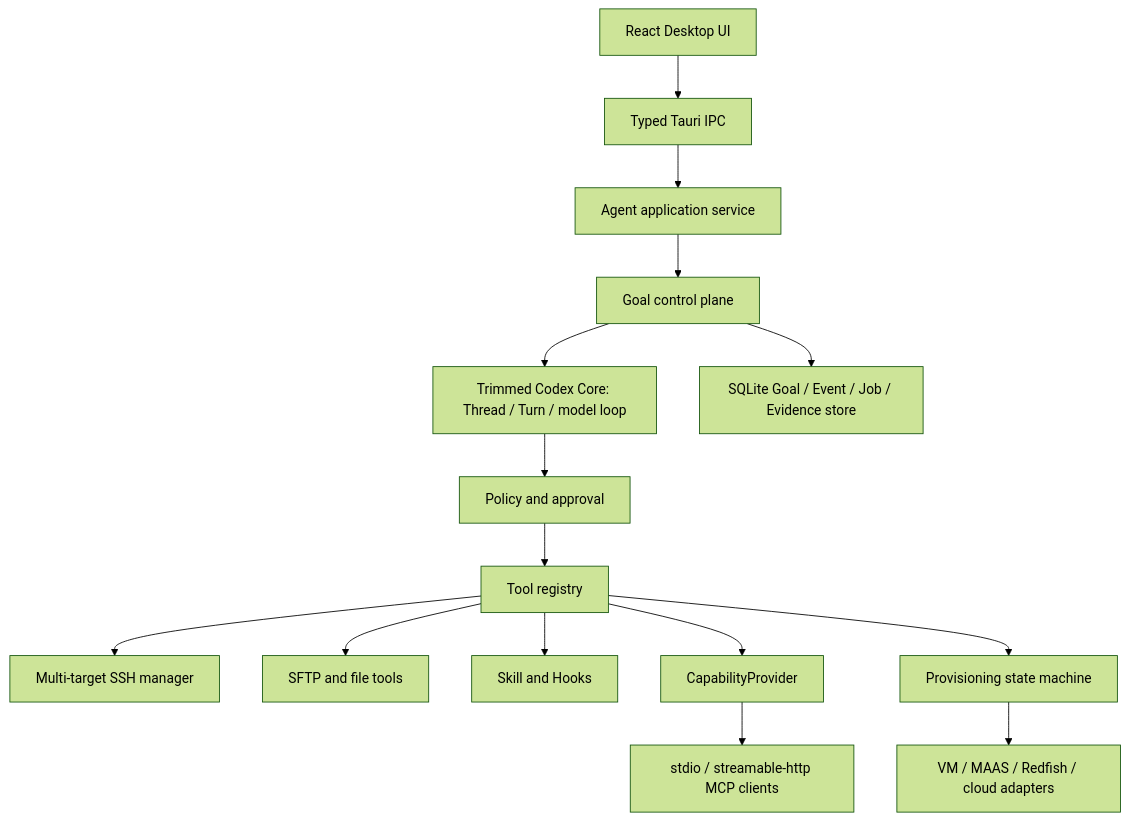
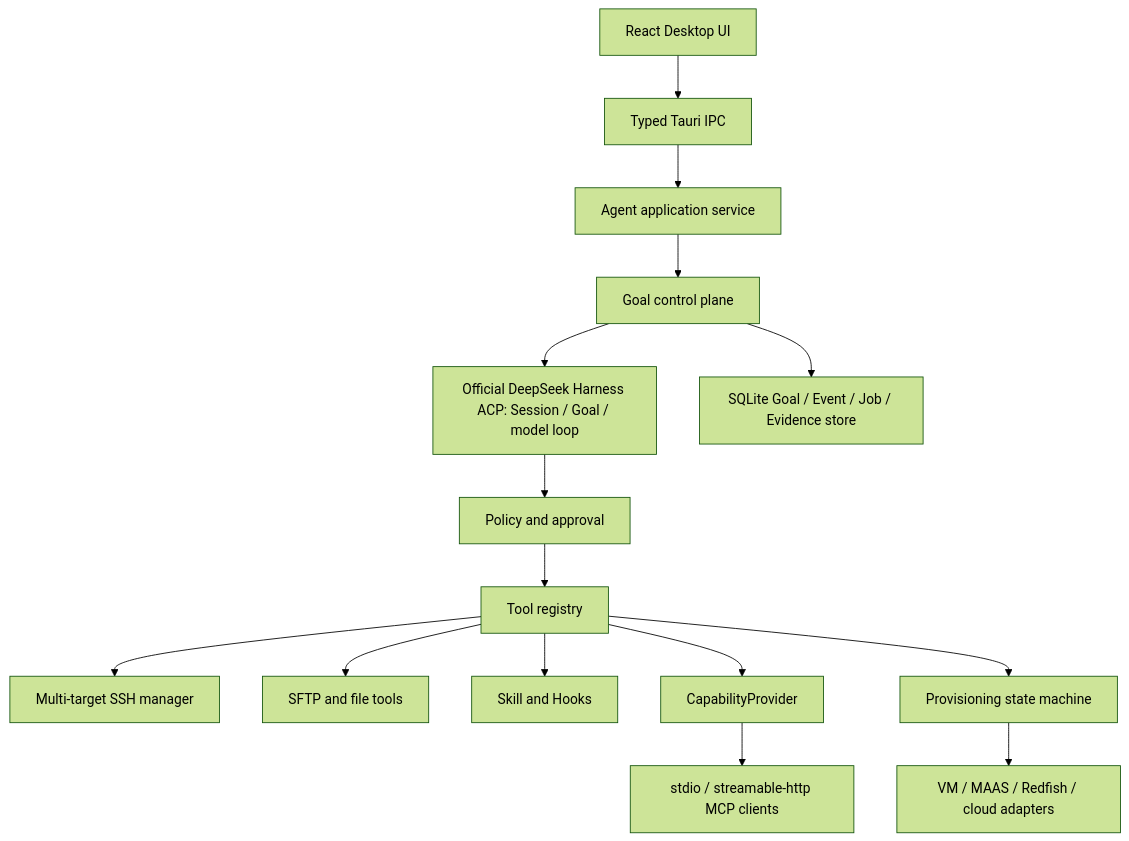
The first of 3 diagrams in docs/linux-agent-specification.md (Ssshake1996/myterm), drawn with Mermaid (forest theme) before and after one commit. The commit also changed other lines of this file and 72 other files, not shown here.

````diff
--- a/docs/linux-agent-specification.md
+++ b/docs/linux-agent-specification.md
@@ -227,17 +227,17 @@
 ```mermaid
 flowchart TD
     Desktop["React Desktop UI"] --> IPC["Typed Tauri IPC"]
     IPC --> App["Agent application service"]
     App --> Goal["Goal control plane"]
-    Goal --> Runtime["Trimmed Codex Core: Thread / Turn / model loop"]
+    Goal --> Runtime["Official DeepSeek Harness ACP: Session / Goal / model loop"]
     Goal --> Store["SQLite Goal / Event / Job / Evidence store"]
     Runtime --> Policy["Policy and approval"]
     Policy --> Registry["Tool registry"]
     Registry --> SSH["Multi-target SSH manager"]
     Registry --> Files["SFTP and file tools"]
     Registry --> Skills["Skill and Hooks"]
     Registry --> Capability["CapabilityProvider"]
     Capability --> MCP["stdio / streamable-http MCP clients"]
     Registry --> Provisioning["Provisioning state machine"]
     Provisioning --> Providers["VM / MAAS / Redfish / cloud adapters"]
 ```
````
